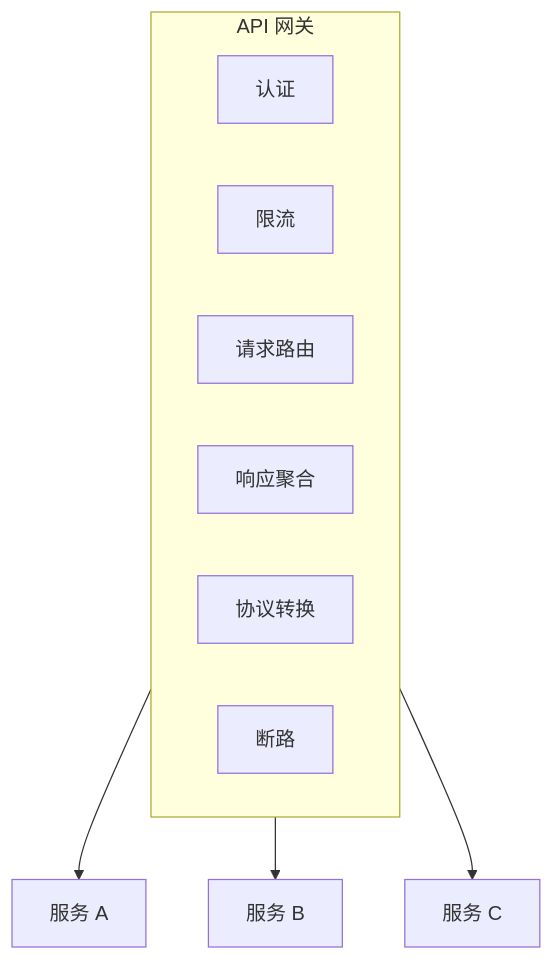
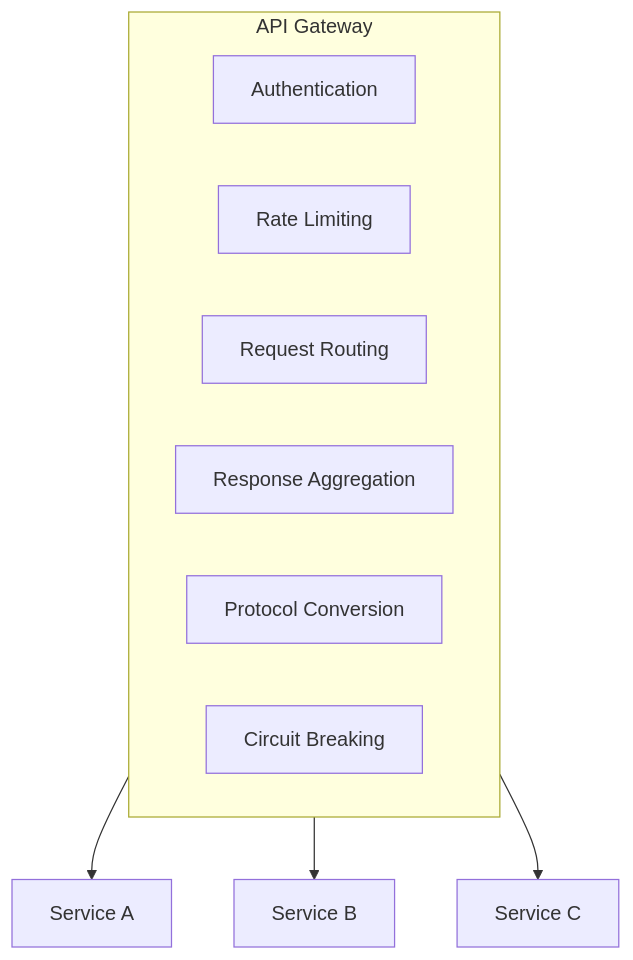
Before and after one commit to Kirky-X/diting: the first of 3 diagrams in references/architecture/microservices-compliance.md, drawn with Mermaid. The commit also changed other lines of this file and 78 other files, not shown here.

````diff
--- a/references/architecture/microservices-compliance.md
+++ b/references/architecture/microservices-compliance.md
@@ -149,14 +149,14 @@
 ```mermaid
 flowchart TD
-    subgraph GW["API 网关"]
-        A1["认证"]
-        A2["限流"]
-        A3["请求路由"]
-        A4["响应聚合"]
-        A5["协议转换"]
-        A6["断路"]
+    subgraph GW["API Gateway"]
+        A1["Authentication"]
+        A2["Rate Limiting"]
+        A3["Request Routing"]
+        A4["Response Aggregation"]
+        A5["Protocol Conversion"]
+        A6["Circuit Breaking"]
     end
-    GW --> SA["服务 A"]
-    GW --> SB["服务 B"]
-    GW --> SC["服务 C"]
+    GW --> SA["Service A"]
+    GW --> SB["Service B"]
+    GW --> SC["Service C"]
 ```
````
